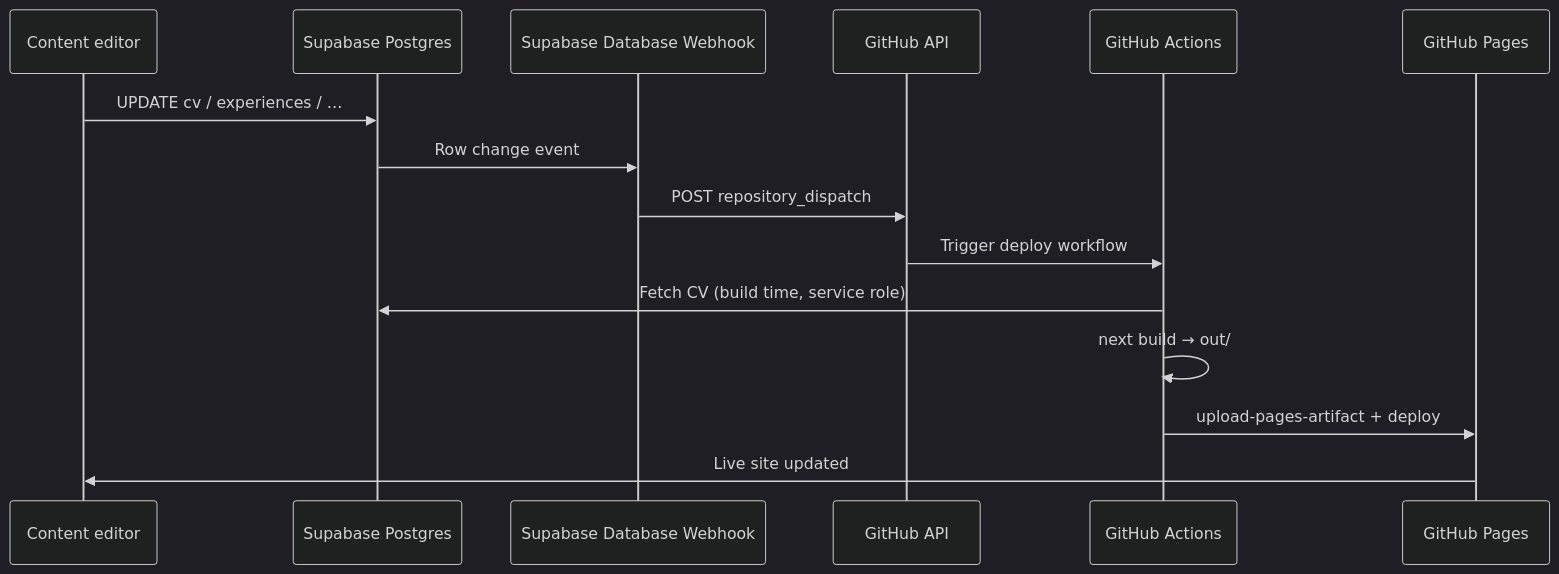
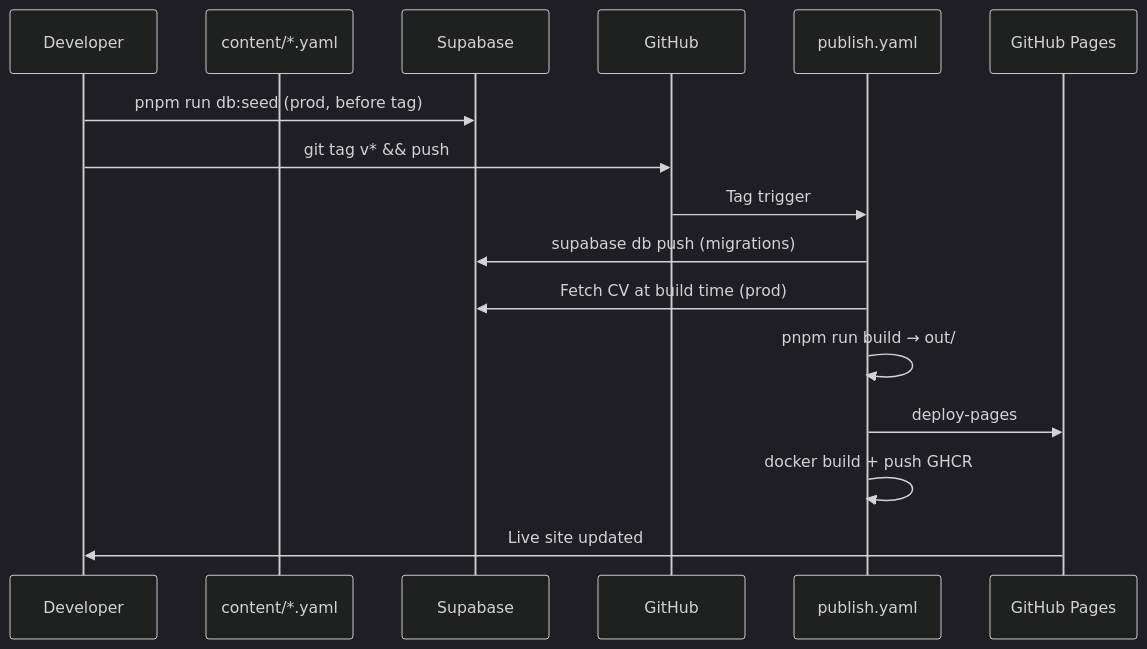
The diagram in docs/projects/next-shadcn-supabase-rewrite/deploy.md (95gabor/cv), drawn with Mermaid (dark theme) before and after one commit. The commit also changed other lines of this file and 153 other files, not shown here.

First line of the commit message:
feat!: rewrite CV site on Next.js, Supabase, and pnpm (#148)

````diff
--- a/docs/projects/next-shadcn-supabase-rewrite/deploy.md
+++ b/docs/projects/next-shadcn-supabase-rewrite/deploy.md
@@ -15,18 +16,19 @@
 ```mermaid
 sequenceDiagram
-    participant Editor as Content editor
-    participant SB as Supabase Postgres
-    participant WH as Supabase Database Webhook
-    participant GH as GitHub API
-    participant CI as GitHub Actions
+    participant Dev as Developer
+    participant YAML as content/*.yaml
+    participant SB as Supabase
+    participant GH as GitHub
+    participant CI as publish.yaml
     participant Pages as GitHub Pages
 
-    Editor->>SB: UPDATE cv / experiences / …
-    SB->>WH: Row change event
-    WH->>GH: POST repository_dispatch
-    GH->>CI: Trigger deploy workflow
-    CI->>SB: Fetch CV (build time, service role)
-    CI->>CI: next build → out/
-    CI->>Pages: upload-pages-artifact + deploy
-    Pages->>Editor: Live site updated
+    Dev->>SB: pnpm run db:seed (prod, before tag)
+    Dev->>GH: git tag v* && push
+    GH->>CI: Tag trigger
+    CI->>SB: supabase db push (migrations)
+    CI->>SB: Fetch CV at build time (prod)
+    CI->>CI: pnpm run build → out/
+    CI->>Pages: deploy-pages
+    CI->>CI: docker build + push GHCR
+    Pages->>Dev: Live site updated
 ```
````
